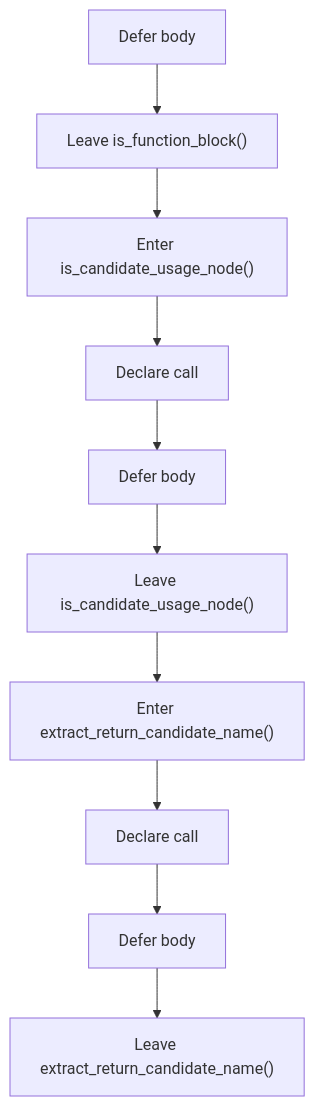
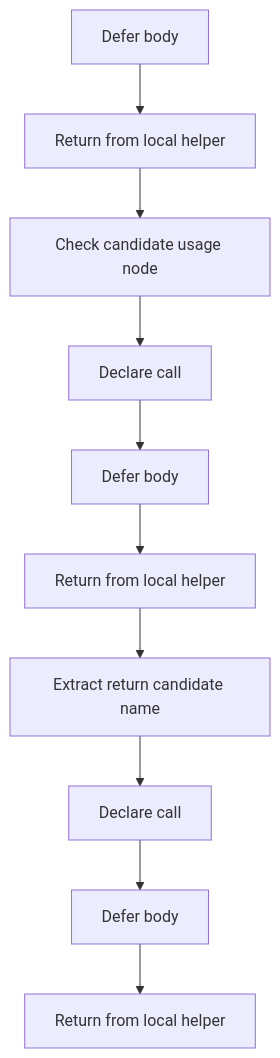
Before and after one commit to JohnAndrewBalbarosa/NeoTerritory: the fifth of 6 diagrams in docs/Codebase/Microservice/Modules/Header/SyntacticBrokenAST/Analysis/ImplementationUse/Resolution/Symbols/Internal/Flow/parse_tree_symbols_internal_program_flow.hpp.md, drawn with Mermaid. The commit also changed other lines of this file and 915 other files, not shown here.

````diff
--- a/docs/Codebase/Microservice/Modules/Header/SyntacticBrokenAST/Analysis/ImplementationUse/Resolution/Symbols/Internal/Flow/parse_tree_symbols_internal_program_flow.hpp.md
+++ b/docs/Codebase/Microservice/Modules/Header/SyntacticBrokenAST/Analysis/ImplementationUse/Resolution/Symbols/Internal/Flow/parse_tree_symbols_internal_program_flow.hpp.md
@@ -119,22 +119,22 @@
 ```mermaid
 flowchart TD
     N0["Defer body"]
-    N1["Leave is_function_block()"]
-    N2["Enter is_candidate_usage_node()"]
+    N1["Return from local helper"]
+    N2["Check candidate usage node"]
     N3["Declare call"]
     N4["Defer body"]
-    N5["Leave is_candidate_usage_node()"]
-    N6["Enter extract_return_candidate_name()"]
+    N5["Return from local helper"]
+    N6["Extract return candidate name"]
     N7["Declare call"]
     N8["Defer body"]
-    N9["Leave extract_return_candidate_name()"]
+    N9["Return from local helper"]
     N0 --> N1
     N1 --> N2
     N2 --> N3
     N3 --> N4
     N4 --> N5
     N5 --> N6
     N6 --> N7
     N7 --> N8
     N8 --> N9
 ```
````
